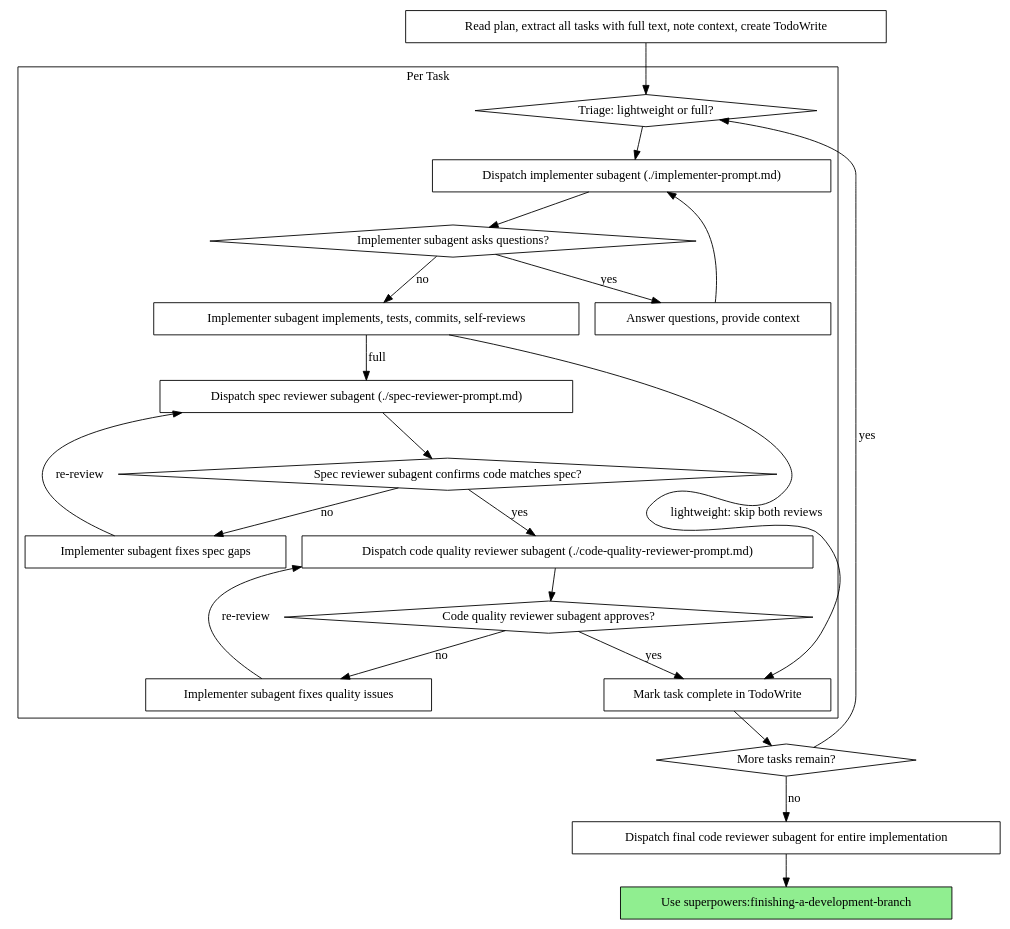
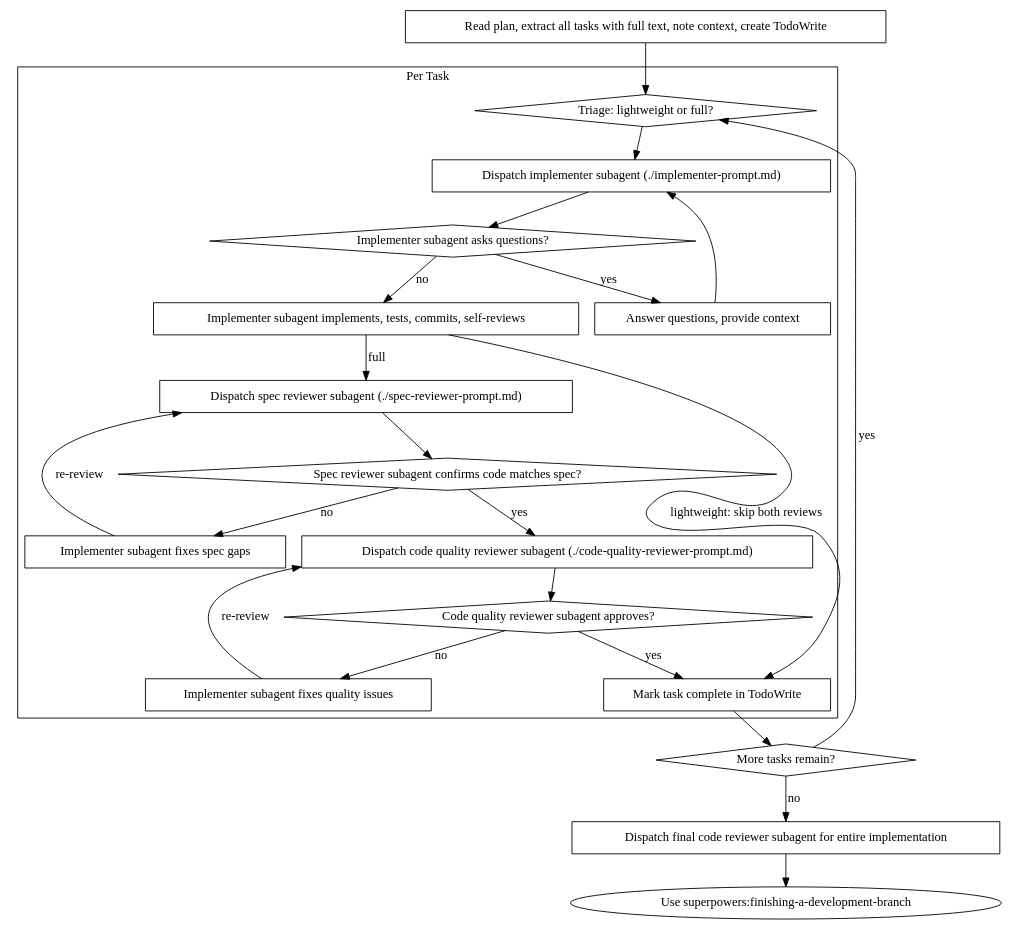
Before and after one commit to fdshg693/fin_learn_app: the second of 2 diagrams in my-marketplace/subagents/skills/subagent-driven-development/SKILL.md, drawn with Graphviz. The commit also changed other lines of this file and 32 other files, not shown here.

````diff
--- a/my-marketplace/subagents/skills/subagent-driven-development/SKILL.md
+++ b/my-marketplace/subagents/skills/subagent-driven-development/SKILL.md
@@ -42,47 +43,46 @@
 ```dot
 digraph process {
     rankdir=TB;
 
     subgraph cluster_per_task {
         label="Per Task";
         "Triage: lightweight or full?" [shape=diamond];
         "Dispatch implementer subagent (./implementer-prompt.md)" [shape=box];
         "Implementer subagent asks questions?" [shape=diamond];
         "Answer questions, provide context" [shape=box];
         "Implementer subagent implements, tests, commits, self-reviews" [shape=box];
         "Dispatch spec reviewer subagent (./spec-reviewer-prompt.md)" [shape=box];
         "Spec reviewer subagent confirms code matches spec?" [shape=diamond];
         "Implementer subagent fixes spec gaps" [shape=box];
         "Dispatch code quality reviewer subagent (./code-quality-reviewer-prompt.md)" [shape=box];
         "Code quality reviewer subagent approves?" [shape=diamond];
         "Implementer subagent fixes quality issues" [shape=box];
         "Mark task complete in TodoWrite" [shape=box];
     }
 
     "Read plan, extract all tasks with full text, note context, create TodoWrite" [shape=box];
     "More tasks remain?" [shape=diamond];
     "Dispatch final code reviewer subagent for entire implementation" [shape=box];
-    "Use superpowers:finishing-a-development-branch" [shape=box style=filled fillcolor=lightgreen];
 
     "Read plan, extract all tasks with full text, note context, create TodoWrite" -> "Triage: lightweight or full?";
     "Triage: lightweight or full?" -> "Dispatch implementer subagent (./implementer-prompt.md)";
     "Dispatch implementer subagent (./implementer-prompt.md)" -> "Implementer subagent asks questions?";
     "Implementer subagent asks questions?" -> "Answer questions, provide context" [label="yes"];
     "Answer questions, provide context" -> "Dispatch implementer subagent (./implementer-prompt.md)";
     "Implementer subagent asks questions?" -> "Implementer subagent implements, tests, commits, self-reviews" [label="no"];
     "Implementer subagent implements, tests, commits, self-reviews" -> "Mark task complete in TodoWrite" [label="lightweight: skip both reviews"];
     "Implementer subagent implements, tests, commits, self-reviews" -> "Dispatch spec reviewer subagent (./spec-reviewer-prompt.md)" [label="full"];
     "Dispatch spec reviewer subagent (./spec-reviewer-prompt.md)" -> "Spec reviewer subagent confirms code matches spec?";
     "Spec reviewer subagent confirms code matches spec?" -> "Implementer subagent fixes spec gaps" [label="no"];
     "Implementer subagent fixes spec gaps" -> "Dispatch spec reviewer subagent (./spec-reviewer-prompt.md)" [label="re-review"];
     "Spec reviewer subagent confirms code matches spec?" -> "Dispatch code quality reviewer subagent (./code-quality-reviewer-prompt.md)" [label="yes"];
     "Dispatch code quality reviewer subagent (./code-quality-reviewer-prompt.md)" -> "Code quality reviewer subagent approves?";
     "Code quality reviewer subagent approves?" -> "Implementer subagent fixes quality issues" [label="no"];
     "Implementer subagent fixes quality issues" -> "Dispatch code quality reviewer subagent (./code-quality-reviewer-prompt.md)" [label="re-review"];
     "Code quality reviewer subagent approves?" -> "Mark task complete in TodoWrite" [label="yes"];
     "Mark task complete in TodoWrite" -> "More tasks remain?";
     "More tasks remain?" -> "Triage: lightweight or full?" [label="yes"];
     "More tasks remain?" -> "Dispatch final code reviewer subagent for entire implementation" [label="no"];
     "Dispatch final code reviewer subagent for entire implementation" -> "Use superpowers:finishing-a-development-branch";
 }
 ```
````
